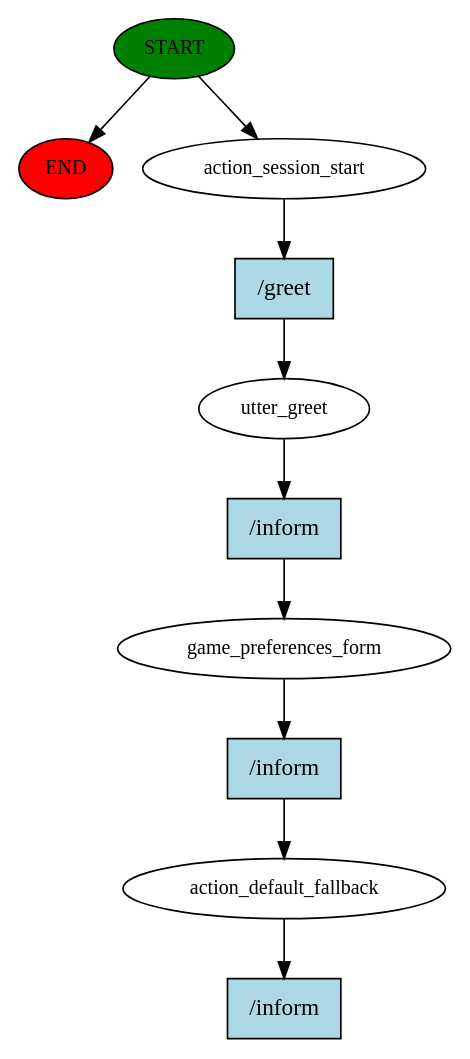
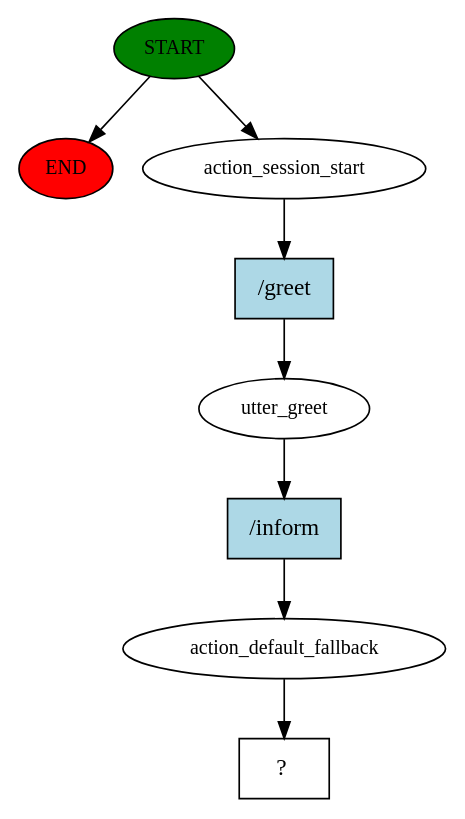
One commit to MattSona99/DataScience changed the diagram in Chatbot/story_graph.dot. Above: the diagram before and after it, drawn with Graphviz. The commit also changed 8 other files, not shown here.

```diff
--- a/Chatbot/story_graph.dot
+++ b/Chatbot/story_graph.dot
@@ -1,21 +1,17 @@
 digraph  {
 0 [class="start active", fillcolor=green, fontsize=12, label=START, style=filled];
 "-1" [class=end, fillcolor=red, fontsize=12, label=END, style=filled];
 1 [class=active, fontsize=12, label=action_session_start];
 2 [class=active, fontsize=12, label=utter_greet];
-3 [class=active, fontsize=12, label=game_preferences_form];
-4 [class="dashed active", fontsize=12, label=action_default_fallback];
+3 [class=active, fontsize=12, label=action_default_fallback];
+4 [class="intent dashed active", label="  ?  ", shape=rect];
 5 [class="intent active", fillcolor=lightblue, label="/greet", shape=rect, style=filled];
 6 [class="intent active", fillcolor=lightblue, label="/inform", shape=rect, style=filled];
-7 [class="intent active", fillcolor=lightblue, label="/inform", shape=rect, style=filled];
-8 [class="intent active", fillcolor=lightblue, label="/inform", shape=rect, style=filled];
 0 -> "-1"  [class="", key=NONE, label=""];
 0 -> 1  [class=active, key=NONE, label=""];
 1 -> 5  [class=active, key=0];
 2 -> 6  [class=active, key=0];
-3 -> 7  [class=active, key=0];
-4 -> 8  [class=active, key=0];
+3 -> 4  [class=active, key=NONE, label=""];
 5 -> 2  [class=active, key=0];
 6 -> 3  [class=active, key=0];
-7 -> 4  [class=active, key=0];
 }
```
